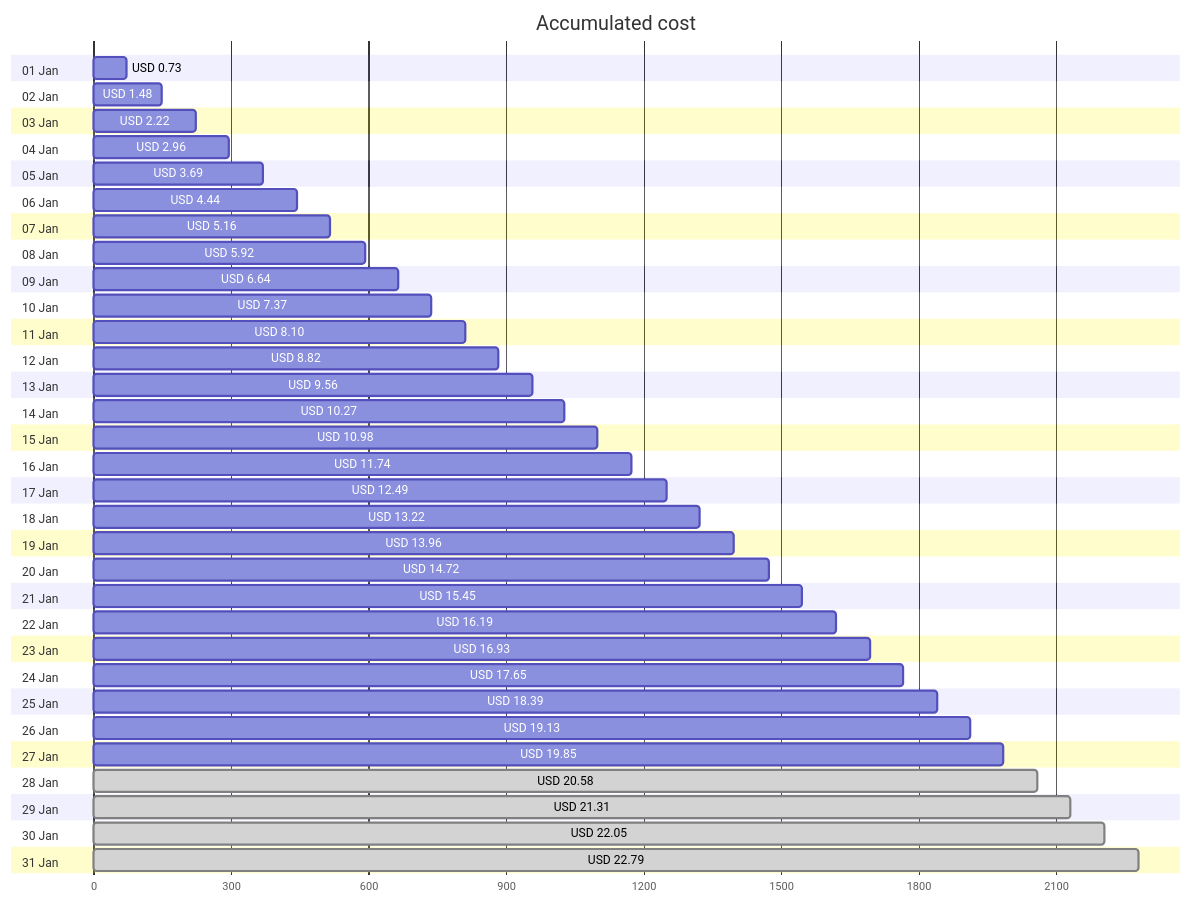
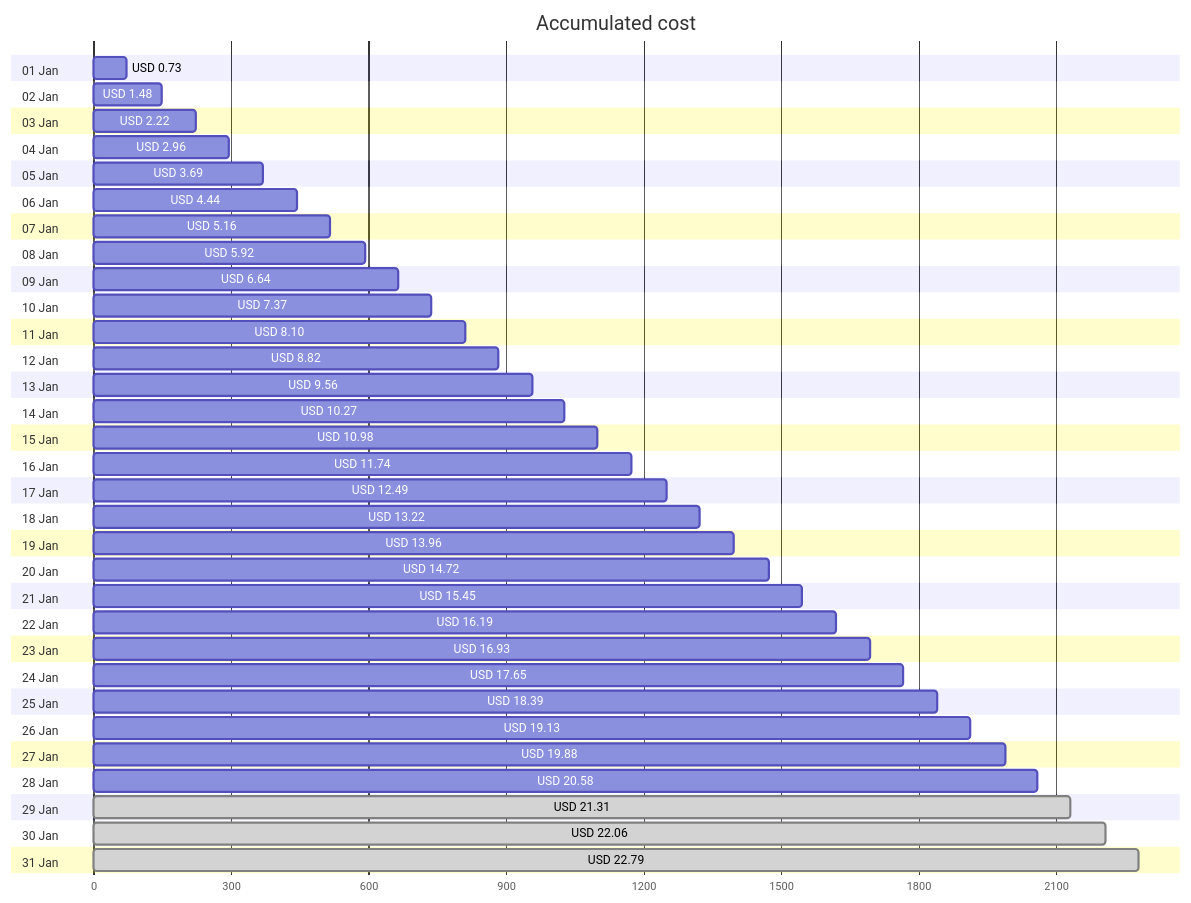
Before and after one commit to jpfulton/azure-personal-reports: the first of 4 diagrams in cost-reports/personal-network/backup-server-data-disk.md, drawn with Mermaid. The commit also changed other lines of this file and 8 other files, not shown here.

````diff
--- a/cost-reports/personal-network/backup-server-data-disk.md
+++ b/cost-reports/personal-network/backup-server-data-disk.md
@@ -20,68 +20,68 @@
 ```mermaid
 gantt
    title Accumulated cost
    dateFormat  X
    axisFormat %s
    section 01 Jan
    USD 0.73 :0, 73
    section 02 Jan
    USD 1.48 :0, 148
    section 03 Jan
    USD 2.22 :0, 222
    section 04 Jan
    USD 2.96 :0, 296
    section 05 Jan
    USD 3.69 :0, 369
    section 06 Jan
    USD 4.44 :0, 444
    section 07 Jan
    USD 5.16 :0, 516
    section 08 Jan
    USD 5.92 :0, 592
    section 09 Jan
    USD 6.64 :0, 664
    section 10 Jan
    USD 7.37 :0, 737
    section 11 Jan
    USD 8.10 :0, 810
    section 12 Jan
    USD 8.82 :0, 882
    section 13 Jan
    USD 9.56 :0, 956
    section 14 Jan
    USD 10.27 :0, 1027
    section 15 Jan
    USD 10.98 :0, 1098
    section 16 Jan
    USD 11.74 :0, 1174
    section 17 Jan
    USD 12.49 :0, 1249
    section 18 Jan
    USD 13.22 :0, 1322
    section 19 Jan
    USD 13.96 :0, 1396
    section 20 Jan
    USD 14.72 :0, 1472
    section 21 Jan
    USD 15.45 :0, 1545
    section 22 Jan
    USD 16.19 :0, 1619
    section 23 Jan
    USD 16.93 :0, 1693
    section 24 Jan
    USD 17.65 :0, 1765
    section 25 Jan
    USD 18.39 :0, 1839
    section 26 Jan
    USD 19.13 :0, 1913
    section 27 Jan
-   USD 19.85 :0, 1985
+   USD 19.88 :0, 1988
    section 28 Jan
-   USD 20.58 : done, 0, 2058
+   USD 20.58 :0, 2058
    section 29 Jan
    USD 21.31 : done, 0, 2131
    section 30 Jan
-   USD 22.05 : done, 0, 2205
+   USD 22.06 : done, 0, 2206
    section 31 Jan
    USD 22.79 : done, 0, 2279
 ```
````
